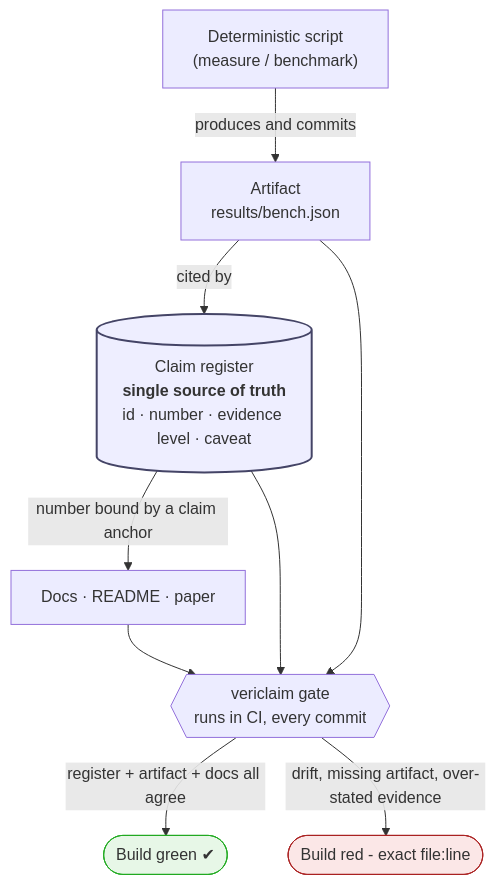
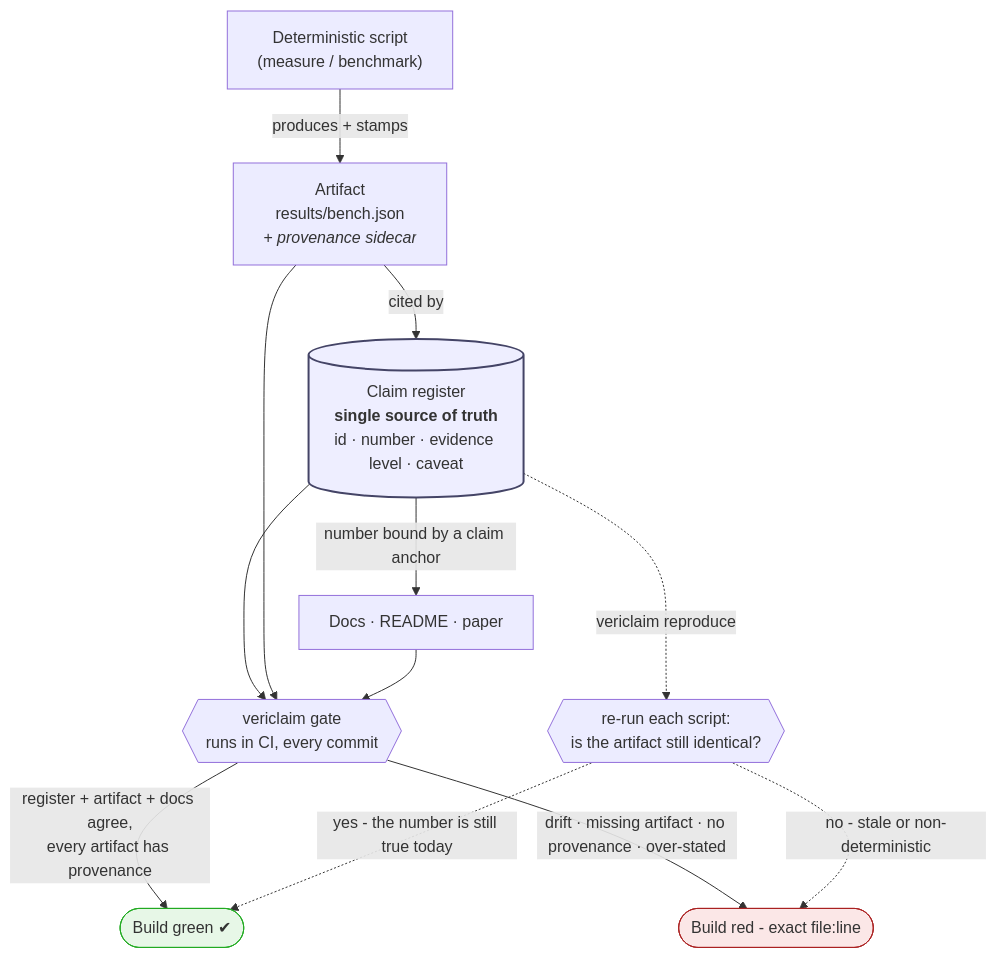
One commit to darklordVirtual/vericlaim changed the diagram in README.md. Above: the diagram before and after it, drawn with Mermaid. The commit also changed other lines of this file and 27 other files, not shown here.

First line of the commit message:
feat: provenance + reproduce-as-oracle (two Eiffel-inspired guarantees)

````diff
--- a/README.md
+++ b/README.md
@@ -27,20 +27,24 @@
 ```mermaid
 flowchart TD
-    S["Deterministic script<br/>(measure / benchmark)"] -->|produces and commits| A["Artifact<br/>results/bench.json"]
+    S["Deterministic script<br/>(measure / benchmark)"] -->|produces + stamps| A["Artifact<br/>results/bench.json<br/><i>+ provenance sidecar</i>"]
     A -->|cited by| R[("Claim register<br/><b>single source of truth</b><br/>id · number · evidence level · caveat")]
     R -->|number bound by a claim anchor| D["Docs · README · paper"]
 
     R --> G{{"vericlaim gate<br/>runs in CI, every commit"}}
     A --> G
     D --> G
 
-    G -->|register + artifact + docs all agree| PASS(["Build green ✔"])
-    G -->|drift, missing artifact, over-stated evidence| FAIL(["Build red - exact file:line"])
+    G -->|register + artifact + docs agree,<br/>every artifact has provenance| PASS(["Build green ✔"])
+    G -->|drift · missing artifact · no provenance · over-stated| FAIL(["Build red - exact file:line"])
+
+    R -.->|vericlaim reproduce| RE{{"re-run each script:<br/>is the artifact still identical?"}}
+    RE -.->|yes - the number is still true today| PASS
+    RE -.->|no - stale or non-deterministic| FAIL
 
     classDef truth fill:#eef,stroke:#446,stroke-width:2px;
     classDef ok fill:#e7f7e7,stroke:#2a2;
     classDef bad fill:#fbe7e7,stroke:#a22;
     class R truth;
     class PASS ok;
     class FAIL bad;
 ```
````
